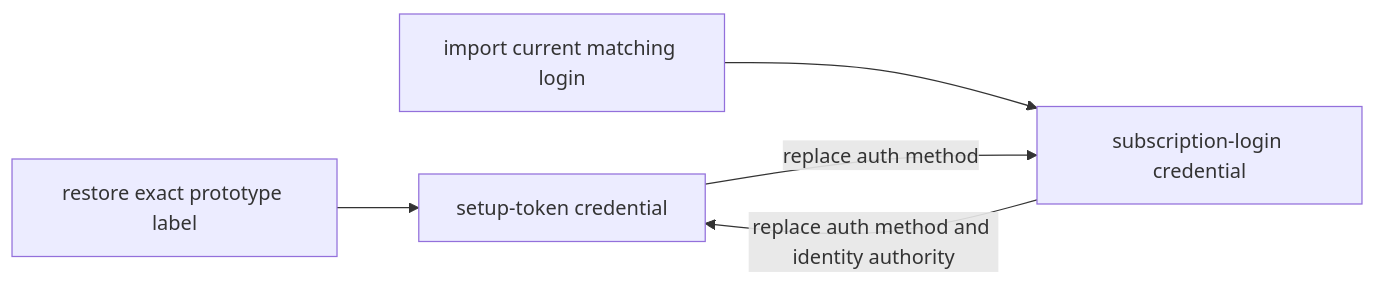
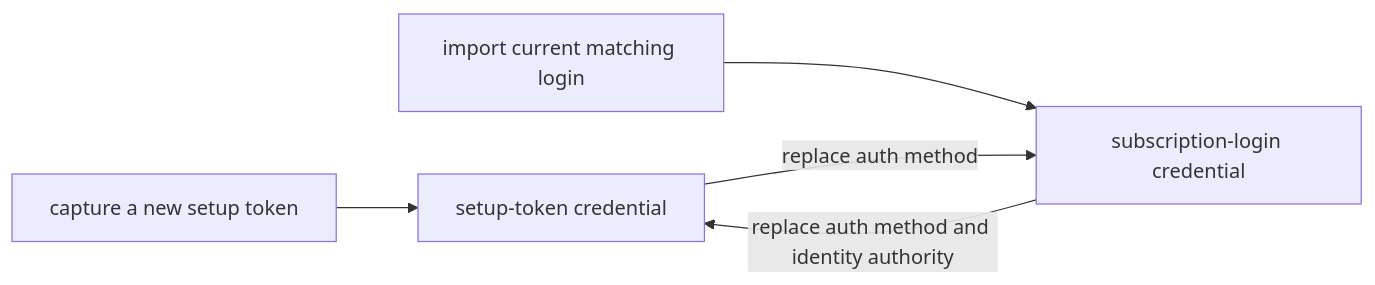
One commit to Sawmonabo/sidekick-usages changed the diagram in docs/claude/README.md. Above: the diagram before and after it, drawn with Mermaid. The commit also changed other lines of this file and 188 other files, not shown here.

````diff
--- a/docs/claude/README.md
+++ b/docs/claude/README.md
@@ -90,15 +78,15 @@
 ```mermaid
 flowchart LR
     accTitle: Claude credential transitions
     accDescr: Setup tokens and subscription logins remain separate and every method change is explicit.
 
     Setup["setup-token credential"]
     Login["subscription-login credential"]
-    Restore["restore exact prototype label"]
     Import["import current matching login"]
+    Replace["capture a new setup token"]
 
-    Restore --> Setup
+    Replace --> Setup
     Import --> Login
     Setup -- "replace auth method" --> Login
     Login -- "replace auth method and identity authority" --> Setup
 ```
````
